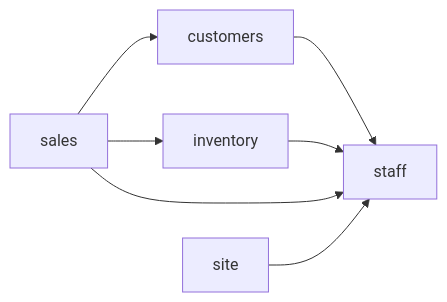
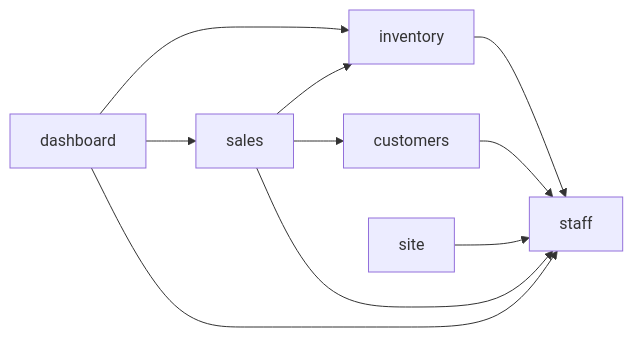
The diagram in docs/wiki/README.md (Ignibyte/aic-demo), drawn with Mermaid before and after one commit. The commit also changed other lines of this file and 41 other files, not shown here.

First line of the commit message:
feat(dashboard): stat tiles and server-drawn charts (#8) (#10)

````diff
--- a/docs/wiki/README.md
+++ b/docs/wiki/README.md
@@ -54,10 +55,13 @@
 ```mermaid
 graph LR
     staff
     customers --> staff
     inventory --> staff
     sales --> inventory
     sales --> customers
     sales --> staff
+    dashboard --> inventory
+    dashboard --> sales
+    dashboard --> staff
     site --> staff
 ```
````
